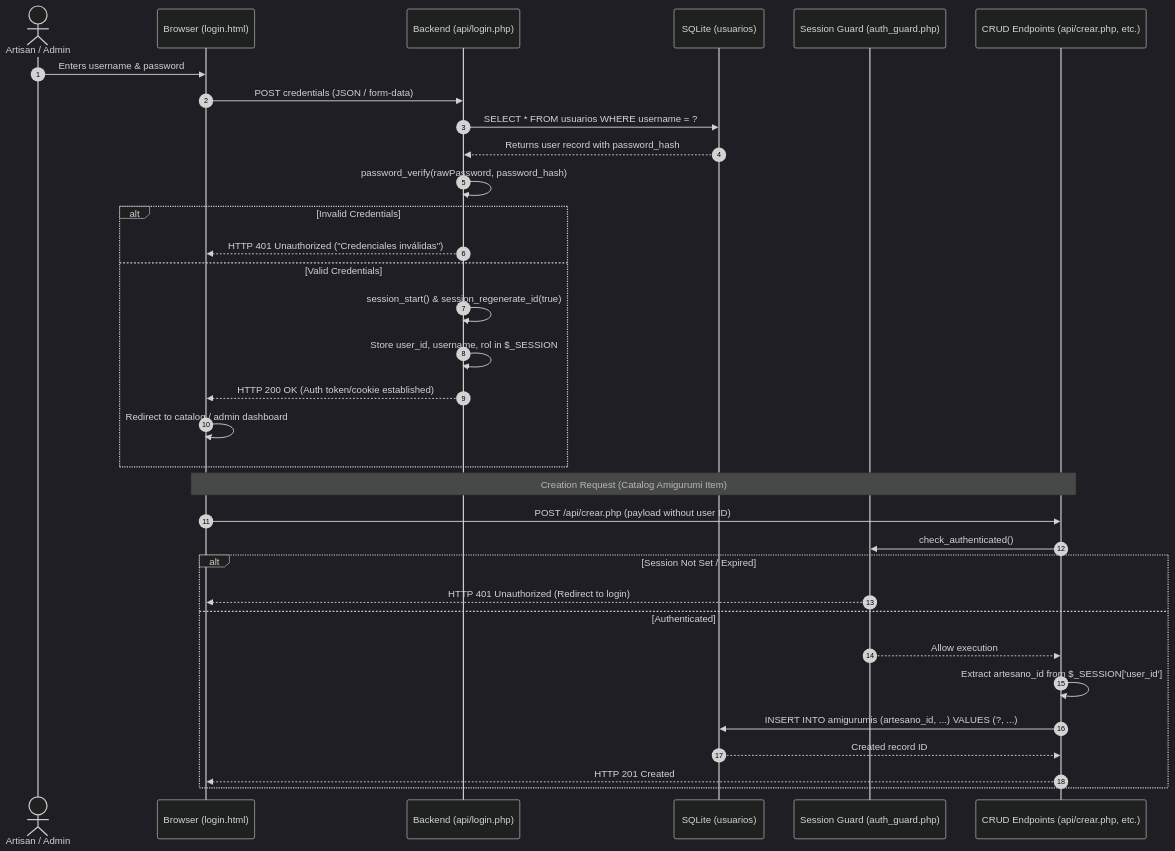
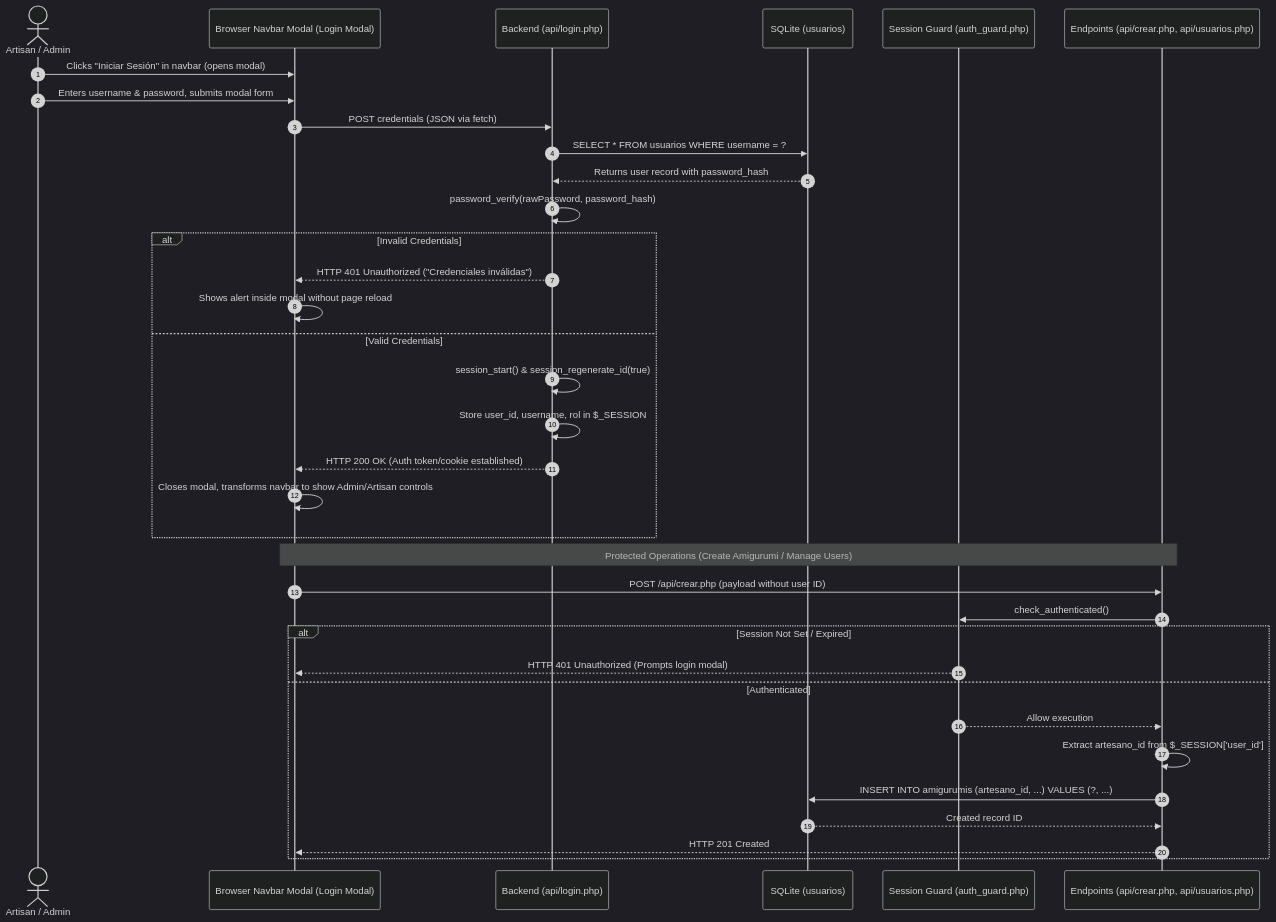
One commit to AngelKero/amigurumi-manager changed the diagram in docs/auth-flow.md. Above: the diagram before and after it, drawn with Mermaid (dark theme). The commit also changed other lines of this file and 8 other files, not shown here.

Commit message:
feat: enhance system with modal-based authentication, image uploads, role-based access control, and updated order/user management APIs.

````diff
--- a/docs/auth-flow.md
+++ b/docs/auth-flow.md
@@ -9,37 +9,39 @@
 ```mermaid
 sequenceDiagram
     autonumber
     actor User as Artisan / Admin
-    participant UI as Browser (login.html)
+    participant UI as Browser Navbar Modal (Login Modal)
     participant Auth as Backend (api/login.php)
     participant DB as SQLite (usuarios)
     participant Guard as Session Guard (auth_guard.php)
-    participant API as CRUD Endpoints (api/crear.php, etc.)
+    participant API as Endpoints (api/crear.php, api/usuarios.php)
 
-    User->>UI: Enters username & password
-    UI->>Auth: POST credentials (JSON / form-data)
+    User->>UI: Clicks "Iniciar Sesión" in navbar (opens modal)
+    User->>UI: Enters username & password, submits modal form
+    UI->>Auth: POST credentials (JSON via fetch)
     Auth->>DB: SELECT * FROM usuarios WHERE username = ?
     DB-->>Auth: Returns user record with password_hash
     Auth->>Auth: password_verify(rawPassword, password_hash)
     alt Invalid Credentials
         Auth-->>UI: HTTP 401 Unauthorized ("Credenciales inválidas")
+        UI->>UI: Shows alert inside modal without page reload
     else Valid Credentials
         Auth->>Auth: session_start() & session_regenerate_id(true)
         Auth->>Auth: Store user_id, username, rol in $_SESSION
         Auth-->>UI: HTTP 200 OK (Auth token/cookie established)
-        UI->>UI: Redirect to catalog / admin dashboard
+        UI->>UI: Closes modal, transforms navbar to show Admin/Artisan controls
     end
 
-    Note over UI,API: Creation Request (Catalog Amigurumi Item)
+    Note over UI,API: Protected Operations (Create Amigurumi / Manage Users)
     UI->>API: POST /api/crear.php (payload without user ID)
     API->>Guard: check_authenticated()
     alt Session Not Set / Expired
-        Guard-->>UI: HTTP 401 Unauthorized (Redirect to login)
+        Guard-->>UI: HTTP 401 Unauthorized (Prompts login modal)
     else Authenticated
         Guard-->>API: Allow execution
         API->>API: Extract artesano_id from $_SESSION['user_id']
         API->>DB: INSERT INTO amigurumis (artesano_id, ...) VALUES (?, ...)
         DB-->>API: Created record ID
         API-->>UI: HTTP 201 Created
     end
 ```
````
